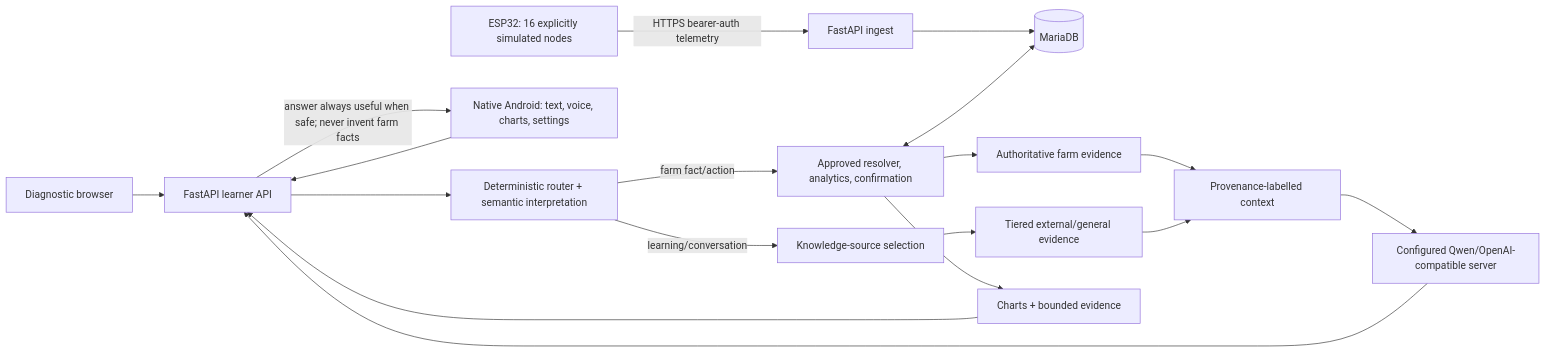
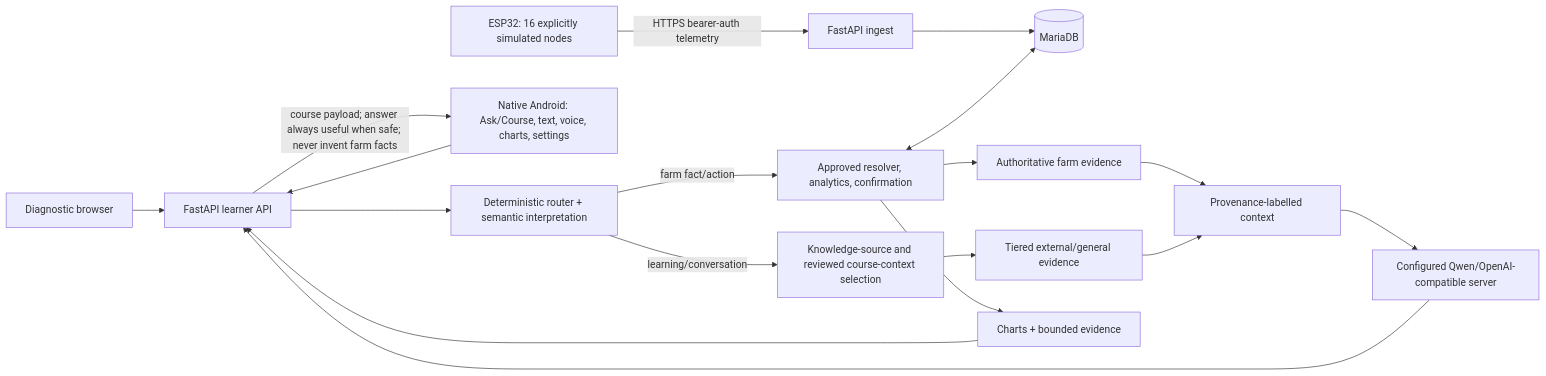
One commit to w0rmy/farmpi changed the diagram in docs/diagrams/system-architecture.mmd. Above: the diagram before and after it, drawn with Mermaid. The commit also changed 14 other files, not shown here.

```diff
--- a/docs/diagrams/system-architecture.mmd
+++ b/docs/diagrams/system-architecture.mmd
@@ -1,18 +1,18 @@
 flowchart LR
   E[ESP32: 16 explicitly simulated nodes] -->|HTTPS bearer-auth telemetry| I[FastAPI ingest]
   I --> D[(MariaDB)]
   W[Diagnostic browser] --> A[FastAPI learner API]
-  N[Native Android: text, voice, charts, settings] --> A
+  N[Native Android: Ask/Course, text, voice, charts, settings] --> A
   A --> R[Deterministic router + semantic interpretation]
   R -->|farm fact/action| X[Approved resolver, analytics, confirmation]
-  R -->|learning/conversation| K[Knowledge-source selection]
+  R -->|learning/conversation| K[Knowledge-source and reviewed course-context selection]
   X <--> D
   X --> P[Authoritative farm evidence]
   K --> S[Tiered external/general evidence]
   P --> C[Provenance-labelled context]
   S --> C
   C --> Q[Configured Qwen/OpenAI-compatible server]
   Q --> A
   X --> G[Charts + bounded evidence]
   G --> A
-  A -->|answer always useful when safe; never invent farm facts| N
+  A -->|course payload; answer always useful when safe; never invent farm facts| N
```
